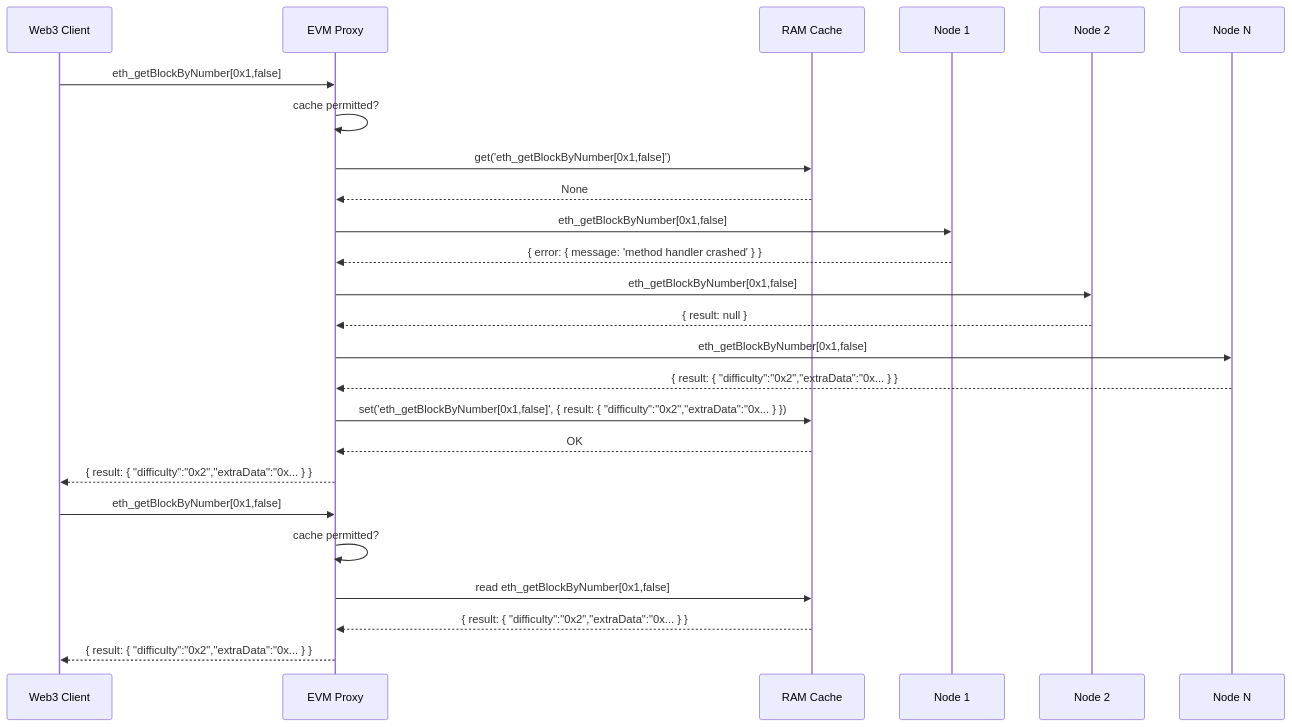
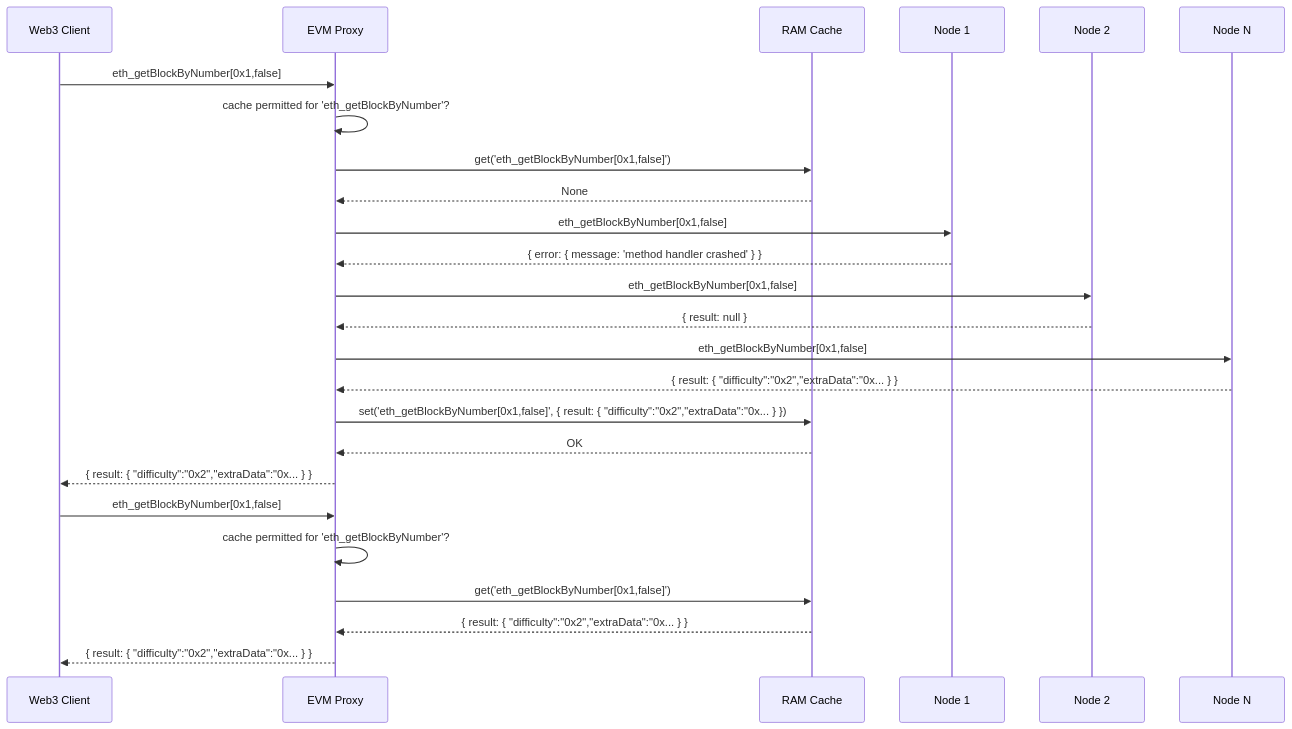
The diagram in README.md (DirectX/evm-proxy), drawn with Mermaid before and after one commit. The commit also changed other lines of this file, not shown here.

````diff
--- a/README.md
+++ b/README.md
@@ -14,29 +15,29 @@
 ```mermaid
 sequenceDiagram
     participant Web3 Client
     participant EVM Proxy
     participant RAM Cache
     participant Node 1
     participant Node 2
     participant Node N
 
     Web3 Client->>EVM Proxy: eth_getBlockByNumber[0x1,false]
-    EVM Proxy->>EVM Proxy: cache permitted?
+    EVM Proxy->>EVM Proxy: cache permitted for 'eth_getBlockByNumber'?
     EVM Proxy->>RAM Cache: get('eth_getBlockByNumber[0x1,false]')
     RAM Cache-->>EVM Proxy: None
     EVM Proxy->>Node 1: eth_getBlockByNumber[0x1,false]
     Node 1-->>EVM Proxy: { error: { message: 'method handler crashed' } }
     EVM Proxy->>Node 2: eth_getBlockByNumber[0x1,false]
     Node 2-->>EVM Proxy: { result: null }
     EVM Proxy->>Node N: eth_getBlockByNumber[0x1,false]
     Node N-->>EVM Proxy: { result: { "difficulty":"0x2","extraData":"0x... } }
     EVM Proxy->>RAM Cache: set('eth_getBlockByNumber[0x1,false]', { result: { "difficulty":"0x2","extraData":"0x... } })
     RAM Cache-->>EVM Proxy: OK
     EVM Proxy-->>Web3 Client: { result: { "difficulty":"0x2","extraData":"0x... } }
 
     Web3 Client->>EVM Proxy: eth_getBlockByNumber[0x1,false]
-    EVM Proxy->>EVM Proxy: cache permitted?
-    EVM Proxy->>RAM Cache: read eth_getBlockByNumber[0x1,false]
+    EVM Proxy->>EVM Proxy: cache permitted for 'eth_getBlockByNumber'?
+    EVM Proxy->>RAM Cache: get('eth_getBlockByNumber[0x1,false]')
     RAM Cache-->>EVM Proxy: { result: { "difficulty":"0x2","extraData":"0x... } }
     EVM Proxy-->>Web3 Client: { result: { "difficulty":"0x2","extraData":"0x... } }
 ```
````
